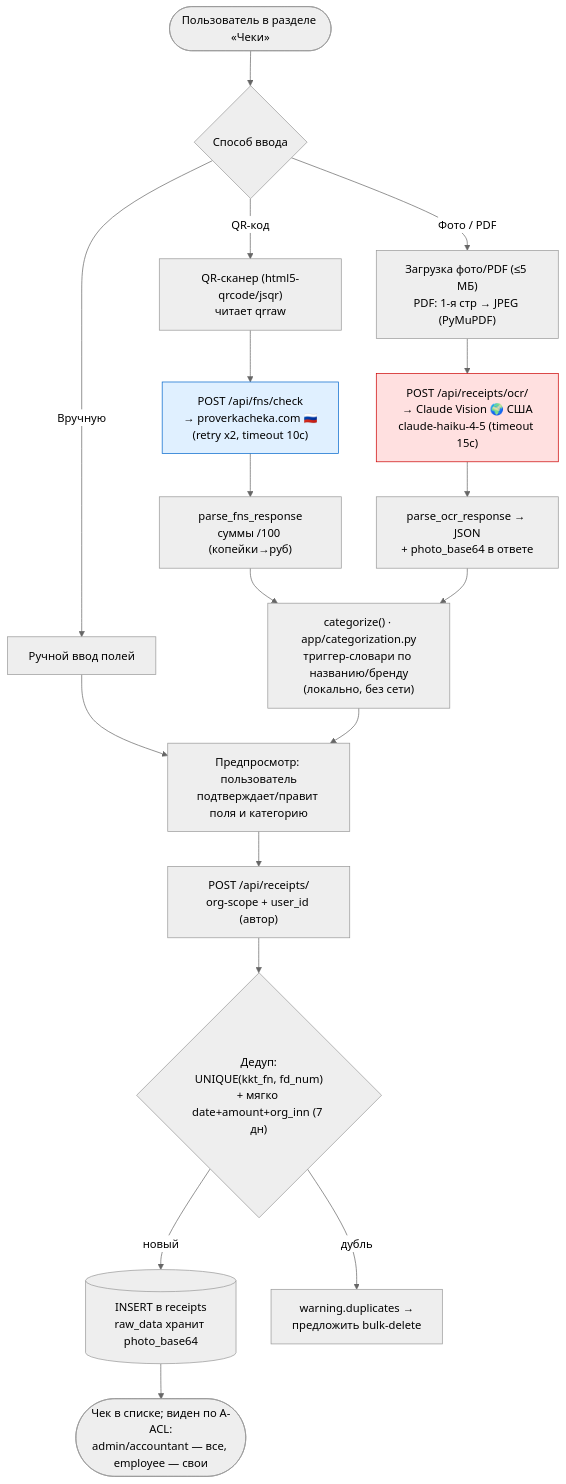
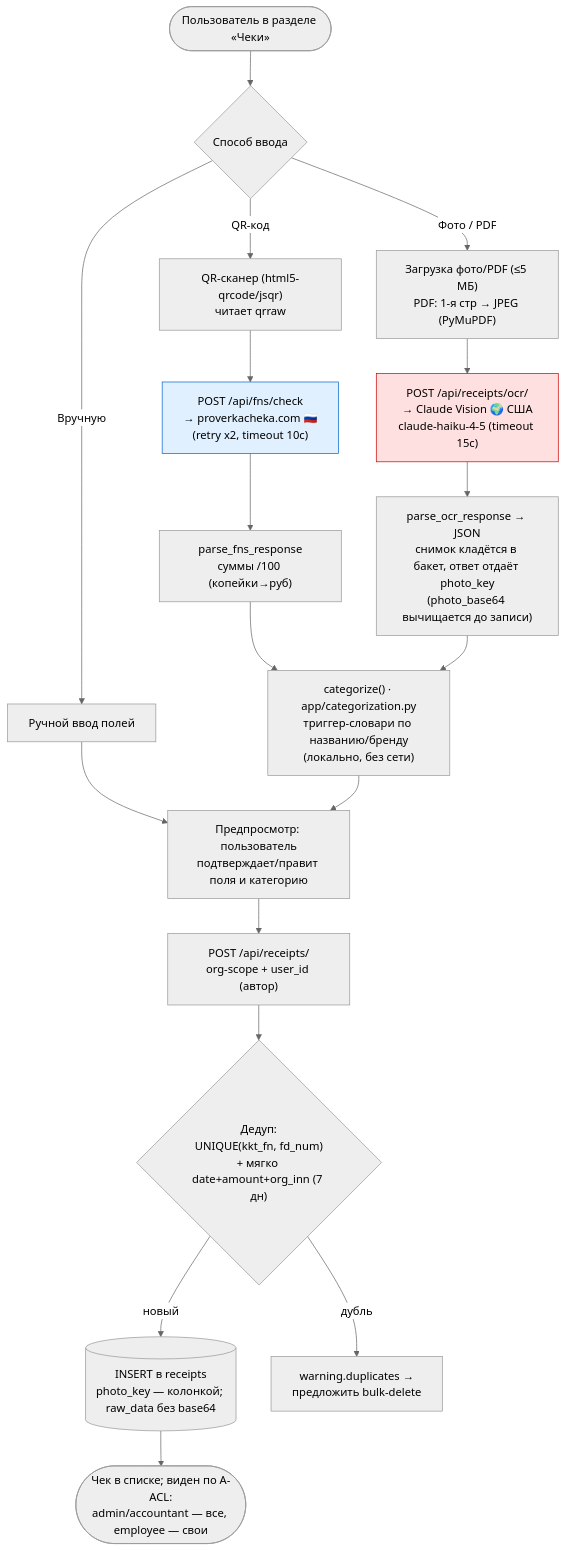
One commit to aslovich-crypto/aocg-ai-office changed the third of 3 diagrams in docs/architecture-map.md. Above: the diagram before and after it, drawn with Mermaid (neutral theme). The commit also changed other lines of this file, not shown here.

````diff
--- a/docs/architecture-map.md
+++ b/docs/architecture-map.md
@@ -280,38 +300,38 @@
 ```mermaid
 flowchart TD
     Start(["Пользователь в разделе «Чеки»"])
 
     Start --> Choice{Способ ввода}
 
     %% --- Ветка QR ---
     Choice -->|"QR-код"| QR["QR-сканер (html5-qrcode/jsqr)<br/>читает qrraw"]
     QR --> FNS["POST /api/fns/check<br/>→ proverkacheka.com 🇷🇺<br/>(retry x2, timeout 10с)"]
     FNS --> FNSparse["parse_fns_response<br/>суммы /100 (копейки→руб)"]
 
     %% --- Ветка ФОТО ---
     Choice -->|"Фото / PDF"| Photo["Загрузка фото/PDF (≤5 МБ)<br/>PDF: 1-я стр → JPEG (PyMuPDF)"]
     Photo --> OCR["POST /api/receipts/ocr/<br/>→ Claude Vision 🌍 США<br/>claude-haiku-4-5 (timeout 15с)"]
-    OCR --> OCRparse["parse_ocr_response → JSON<br/>+ photo_base64 в ответе"]
+    OCR --> OCRparse["parse_ocr_response → JSON<br/>снимок кладётся в бакет, ответ отдаёт photo_key<br/>(photo_base64 вычищается до записи)"]
 
     %% --- Ветка РУЧНОЙ ---
     Choice -->|"Вручную"| Manual["Ручной ввод полей"]
 
     %% --- Слияние: категоризация ---
     FNSparse --> Cat["categorize() · app/categorization.py<br/>триггер-словари по названию/бренду<br/>(локально, без сети)"]
     OCRparse --> Cat
     Manual --> Confirm
 
     Cat --> Confirm["Предпросмотр: пользователь<br/>подтверждает/правит поля и категорию"]
 
     Confirm --> Create["POST /api/receipts/<br/>org-scope + user_id (автор)"]
     Create --> Dedup{"Дедуп:<br/>UNIQUE(kkt_fn, fd_num)<br/>+ мягко date+amount+org_inn (7 дн)"}
-    Dedup -->|"новый"| Insert[("INSERT в receipts<br/>raw_data хранит photo_base64")]
+    Dedup -->|"новый"| Insert[("INSERT в receipts<br/>photo_key — колонкой; raw_data без base64")]
     Dedup -->|"дубль"| Warn["warning.duplicates →<br/>предложить bulk-delete"]
 
     Insert --> Done(["Чек в списке; виден по A-ACL:<br/>admin/accountant — все, employee — свои"])
 
     classDef transborder fill:#ffe0e0,stroke:#cc0000,color:#000;
     classDef rf fill:#e0f0ff,stroke:#0066cc,color:#000;
     class OCR transborder;
     class FNS rf;
 ```
````
